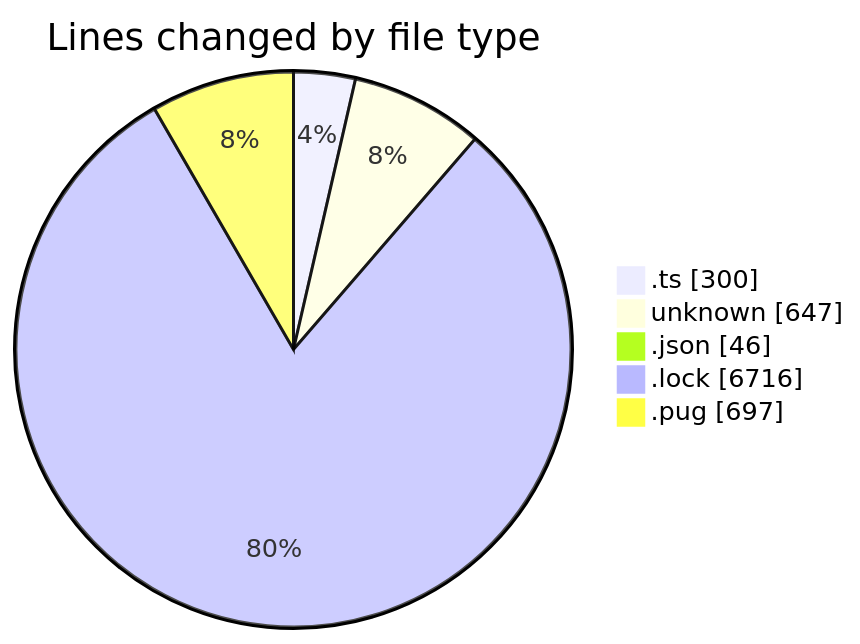
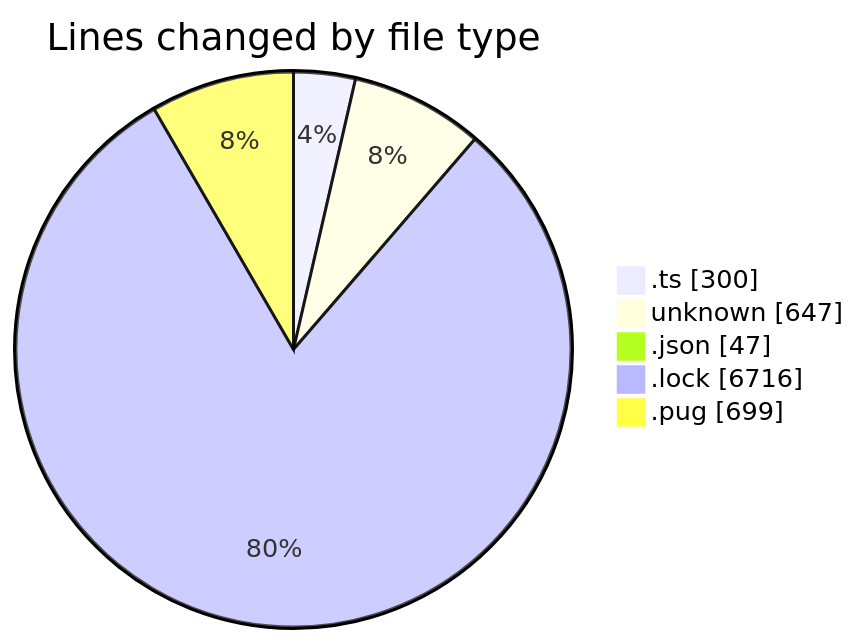
The first of 2 diagrams in 2026-05-22/cda/README.md (momahboobian/code-tracking), drawn with Mermaid before and after one commit. The commit also changed other lines of this file and 1 other file, not shown here.

````diff
--- a/2026-05-22/cda/README.md
+++ b/2026-05-22/cda/README.md
@@ -28,9 +28,9 @@
 ```mermaid
 pie showData
 title Lines changed by file type
 ".ts" : 300
 "unknown" : 647
-".json" : 46
+".json" : 47
 ".lock" : 6716
-".pug" : 697
+".pug" : 699
 ```
````
